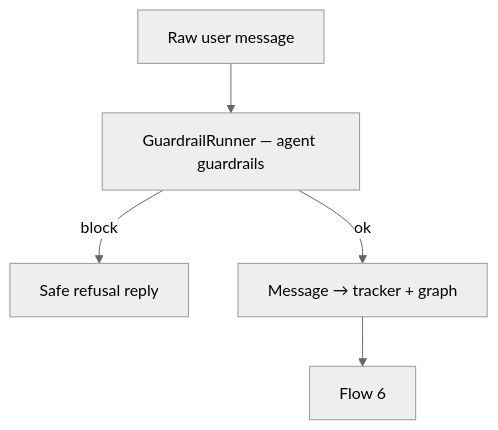
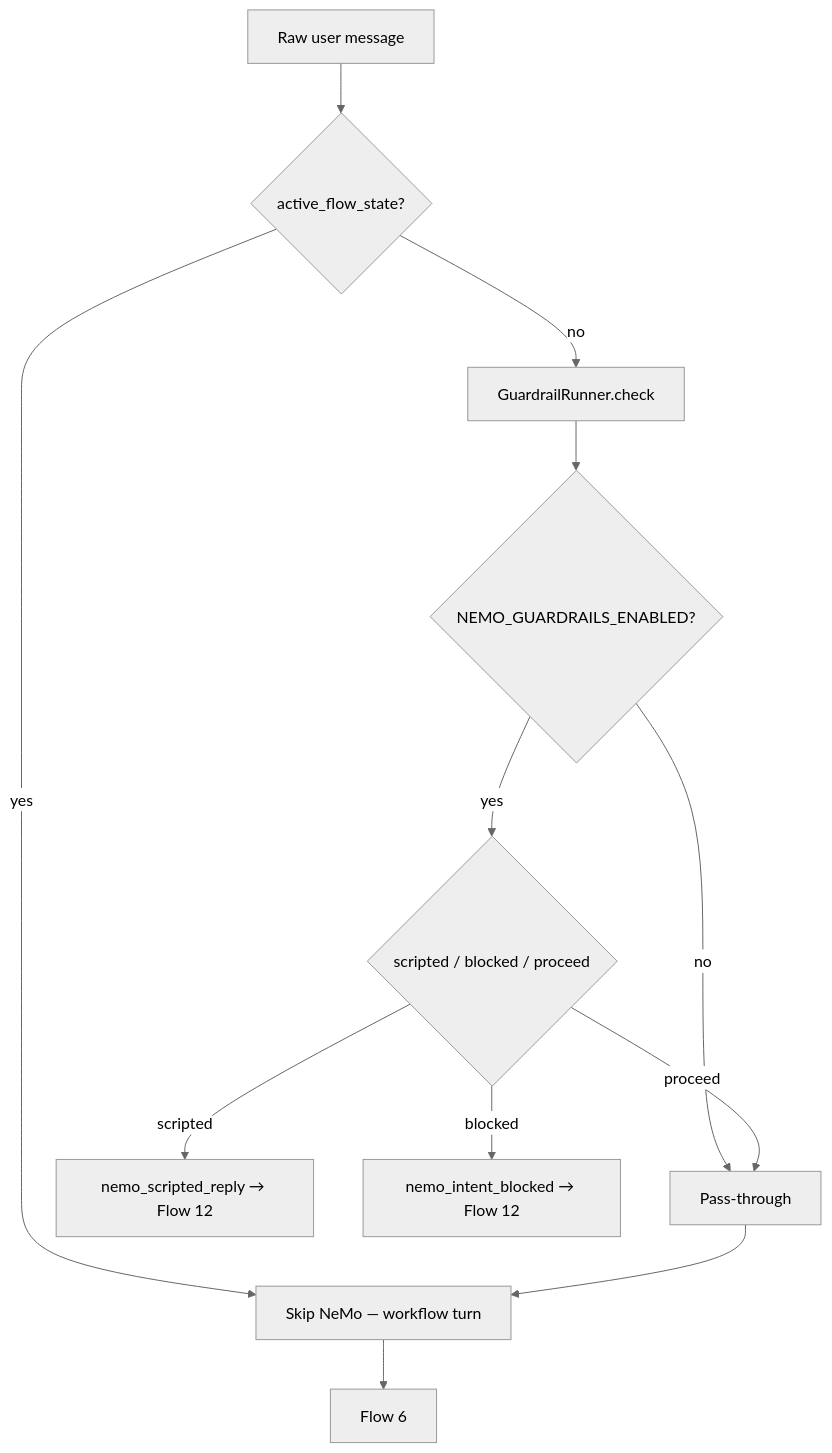
One commit to shehan-jayasinghe/bot-builder changed the sixth of 13 diagrams in backend/document/chat/01-chat-completion-diagrams.md. Above: the diagram before and after it, drawn with Mermaid (neutral theme). The commit also changed other lines of this file and 19 other files, not shown here.

First line of the commit message:
feat: introduce NeMo Guardrails integration with default profile and intent gate

````diff
--- a/backend/document/chat/01-chat-completion-diagrams.md
+++ b/backend/document/chat/01-chat-completion-diagrams.md
@@ -237,8 +237,15 @@
 ```mermaid
 flowchart TB
     RAW[Raw user message]
-    RAW --> GUARD[GuardrailRunner — agent guardrails]
-    GUARD -->|block| REFUSE[Safe refusal reply]
-    GUARD -->|ok| CLEAN[Message → tracker + graph]
+    RAW --> SKIP{active_flow_state?}
+    SKIP -->|yes| CLEAN[Skip NeMo — workflow turn]
+    SKIP -->|no| GUARD[GuardrailRunner.check]
+    GUARD --> NEMO{NEMO_GUARDRAILS_ENABLED?}
+    NEMO -->|no| PASS[Pass-through]
+    NEMO -->|yes| GATE{scripted / blocked / proceed}
+    GATE -->|scripted| OUT1[nemo_scripted_reply → Flow 12]
+    GATE -->|blocked| OUT2[nemo_intent_blocked → Flow 12]
+    GATE -->|proceed| PASS
+    PASS --> CLEAN
     CLEAN --> F6[Flow 6]
 ```
````
